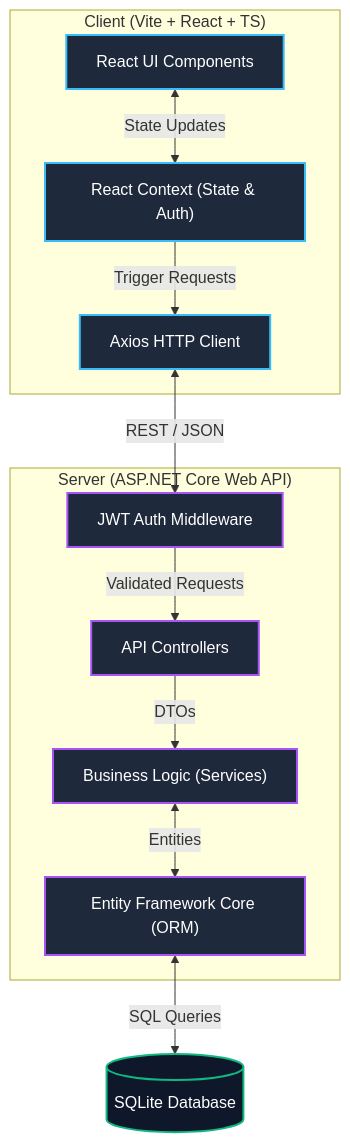
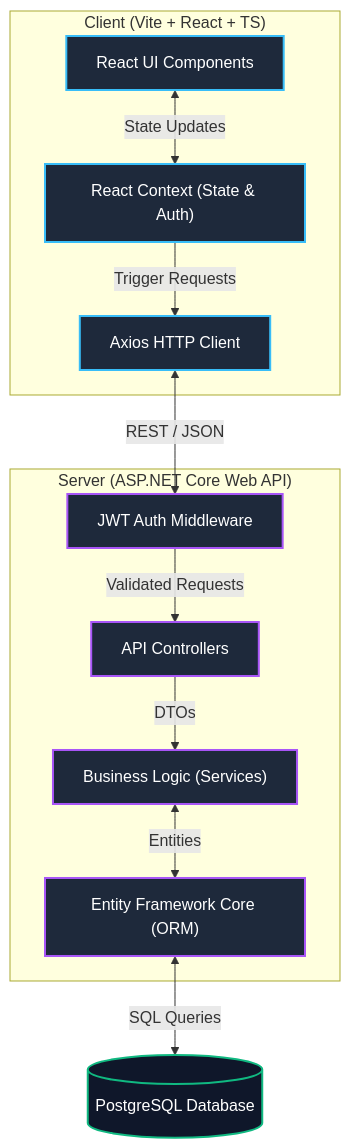
Before and after one commit to austinchima/Precept: the first of 2 diagrams in README.md, drawn with Mermaid. The commit also changed other lines of this file and 39 other files, not shown here.

Commit message:
feat: implement True Trajectory Scanner and update to containerized PostgreSQL

````diff
--- a/README.md
+++ b/README.md
@@ -37,34 +37,34 @@
 ```mermaid
 graph TD
     %% Define Styles
     classDef frontend fill:#1E293B,stroke:#38BDF8,stroke-width:2px,color:#fff;
     classDef backend fill:#1E293B,stroke:#A855F7,stroke-width:2px,color:#fff;
     classDef database fill:#0F172A,stroke:#10B981,stroke-width:2px,color:#fff;
     classDef external fill:#0F172A,stroke:#64748B,stroke-width:2px,color:#fff,stroke-dasharray: 5 5;
 
     %% Nodes
     subgraph Client ["Client (Vite + React + TS)"]
         UI["React UI Components"]:::frontend
         Context["React Context (State & Auth)"]:::frontend
         API_Client["Axios HTTP Client"]:::frontend
     end
 
     subgraph Server ["Server (ASP.NET Core Web API)"]
         Auth["JWT Auth Middleware"]:::backend
         Controllers["API Controllers"]:::backend
         Services["Business Logic (Services)"]:::backend
         EFCore["Entity Framework Core (ORM)"]:::backend
     end
 
-    DB[("SQLite Database")]:::database
+    DB[("PostgreSQL Database")]:::database
 
     %% Connections
     UI <-->|State Updates| Context
     Context -->|Trigger Requests| API_Client
     API_Client <-->|REST / JSON| Auth
 
     Auth -->|Validated Requests| Controllers
     Controllers -->|DTOs| Services
     Services <-->|Entities| EFCore
     EFCore <-->|SQL Queries| DB
 ```
````
